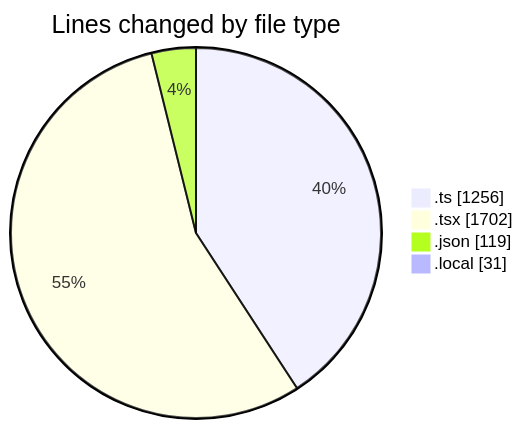
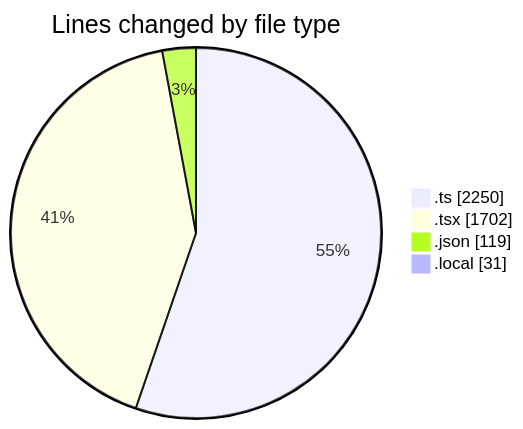
Before and after one commit to julien-gomy/code-tracking: the first of 2 diagrams in 2025-11-10/eventscop-frontend-guide__workspace_/README.md, drawn with Mermaid. The commit also changed other lines of this file and 1 other file, not shown here.

````diff
--- a/2025-11-10/eventscop-frontend-guide__workspace_/README.md
+++ b/2025-11-10/eventscop-frontend-guide__workspace_/README.md
@@ -46,8 +48,8 @@
 ```mermaid
 pie showData
 title Lines changed by file type
-".ts" : 1256
+".ts" : 2250
 ".tsx" : 1702
 ".json" : 119
 ".local" : 31
 ```
````
